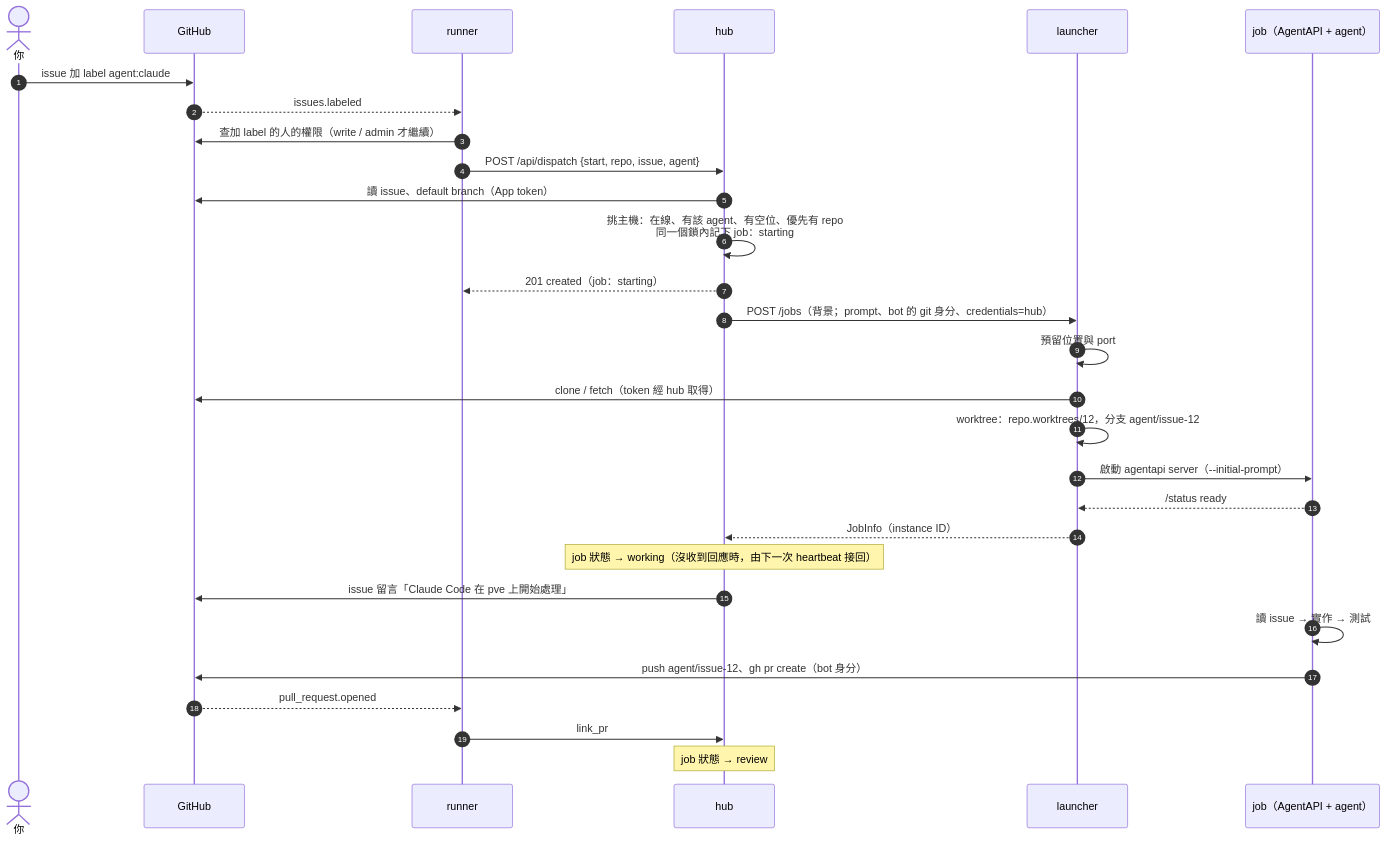
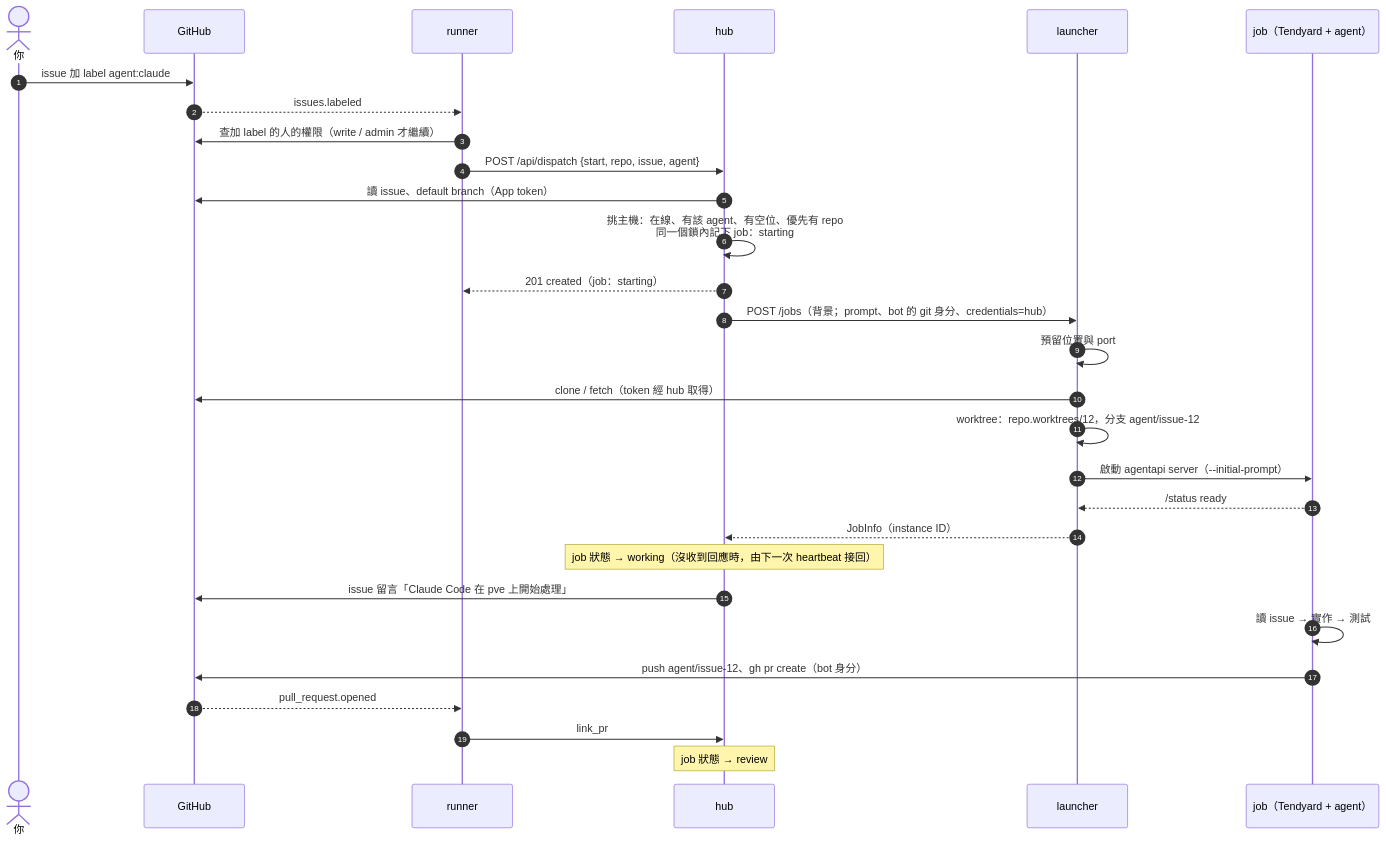
The second of 7 diagrams in docs/specs/issue-dispatch-flow.zh-TW.md (k1dav-c/agentapi), drawn with Mermaid before and after one commit. The commit also changed other lines of this file and 28 other files, not shown here.

````diff
--- a/docs/specs/issue-dispatch-flow.zh-TW.md
+++ b/docs/specs/issue-dispatch-flow.zh-TW.md
@@ -56,32 +69,32 @@
 ```mermaid
 sequenceDiagram
   autonumber
   actor U as 你
   participant GH as GitHub
   participant R as runner
   participant H as hub
   participant L as launcher
-  participant J as job（AgentAPI + agent）
+  participant J as job（Tendyard + agent）
 
   U->>GH: issue 加 label agent:claude
   GH-->>R: issues.labeled
   R->>GH: 查加 label 的人的權限（write / admin 才繼續）
   R->>H: POST /api/dispatch {start, repo, issue, agent}
   H->>GH: 讀 issue、default branch（App token）
   H->>H: 挑主機：在線、有該 agent、有空位、優先有 repo<br/>同一個鎖內記下 job：starting
   H-->>R: 201 created（job：starting）
   H->>L: POST /jobs（背景；prompt、bot 的 git 身分、credentials=hub）
   L->>L: 預留位置與 port
   L->>GH: clone / fetch（token 經 hub 取得）
   L->>L: worktree：repo.worktrees/12，分支 agent/issue-12
   L->>J: 啟動 agentapi server（--initial-prompt）
   J-->>L: /status ready
   L-->>H: JobInfo（instance ID）
   Note over H: job 狀態 → working（沒收到回應時，由下一次 heartbeat 接回）
   H->>GH: issue 留言「Claude Code 在 pve 上開始處理」
   J->>J: 讀 issue → 實作 → 測試
   J->>GH: push agent/issue-12、gh pr create（bot 身分）
   GH-->>R: pull_request.opened
   R->>H: link_pr
   Note over H: job 狀態 → review
 ```
````
